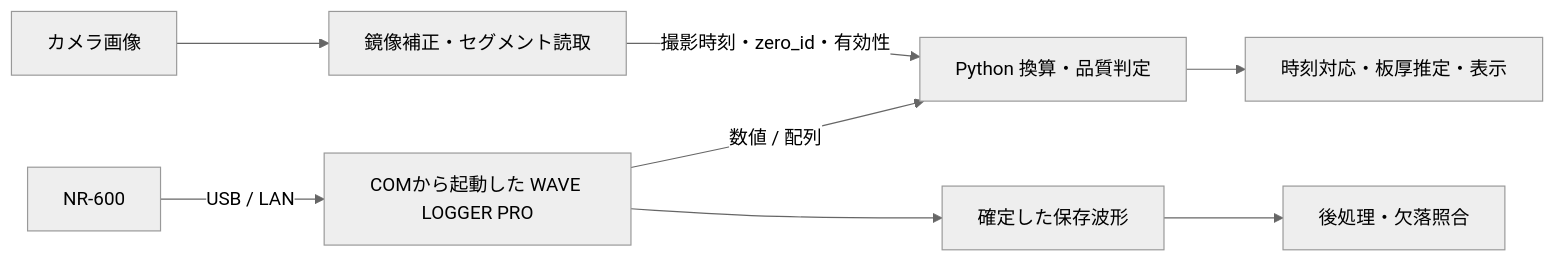
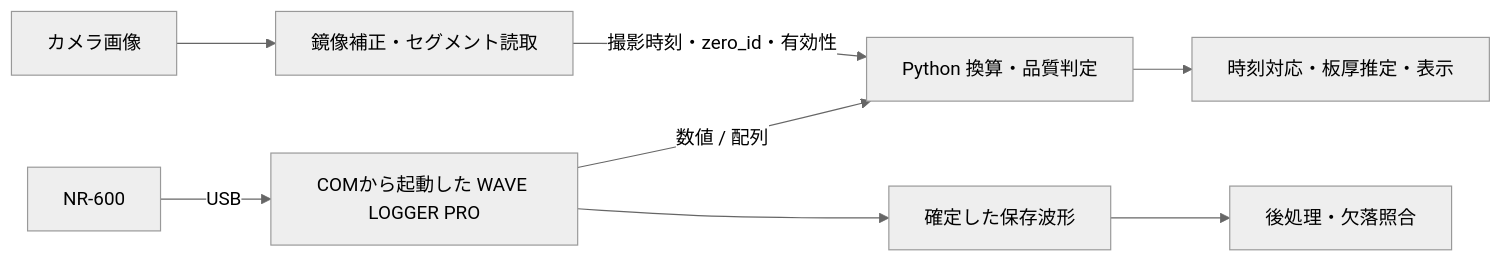
The diagram in scraps/rolling-gauge-meter/ANALYSIS.md (TkymHrt/code-scraps), drawn with Mermaid (neutral theme) before and after one commit. The commit also changed other lines of this file and 3 other files, not shown here.

````diff
--- a/scraps/rolling-gauge-meter/ANALYSIS.md
+++ b/scraps/rolling-gauge-meter/ANALYSIS.md
@@ -24,10 +24,10 @@
 ```mermaid
 flowchart LR
-    NR[NR-600] -->|USB / LAN| WL[COMから起動した WAVE LOGGER PRO]
+    NR[NR-600] -->|USB| WL[COMから起動した WAVE LOGGER PRO]
     WL -->|数値 / 配列| PY[Python 換算・品質判定]
     CAM[カメラ画像] --> OCR[鏡像補正・セグメント読取]
     OCR -->|撮影時刻・zero_id・有効性| PY
     PY --> SYNC[時刻対応・板厚推定・表示]
     WL --> FILE[確定した保存波形]
     FILE --> CHECK[後処理・欠落照合]
 ```
````
